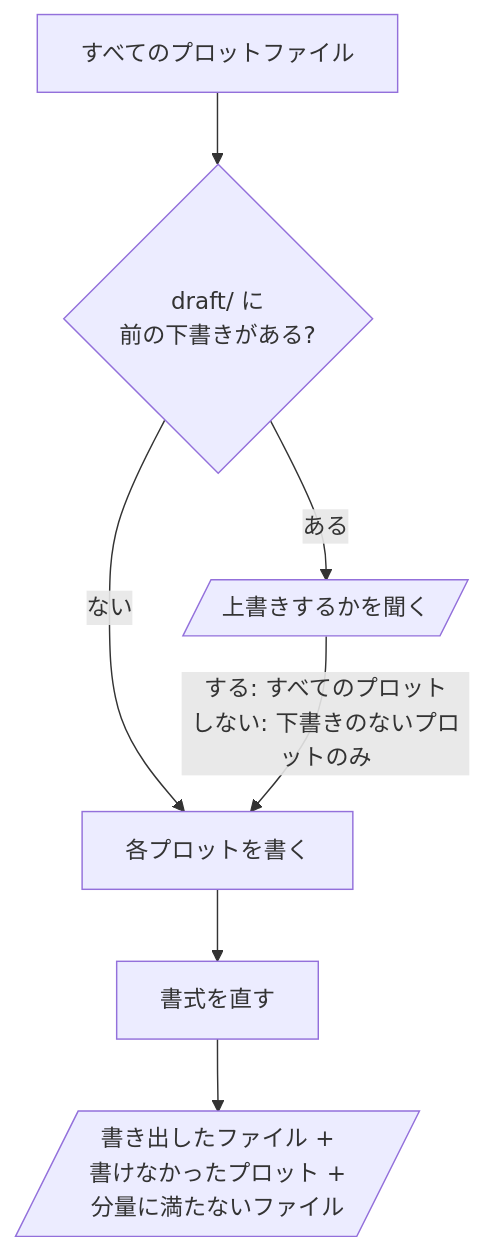
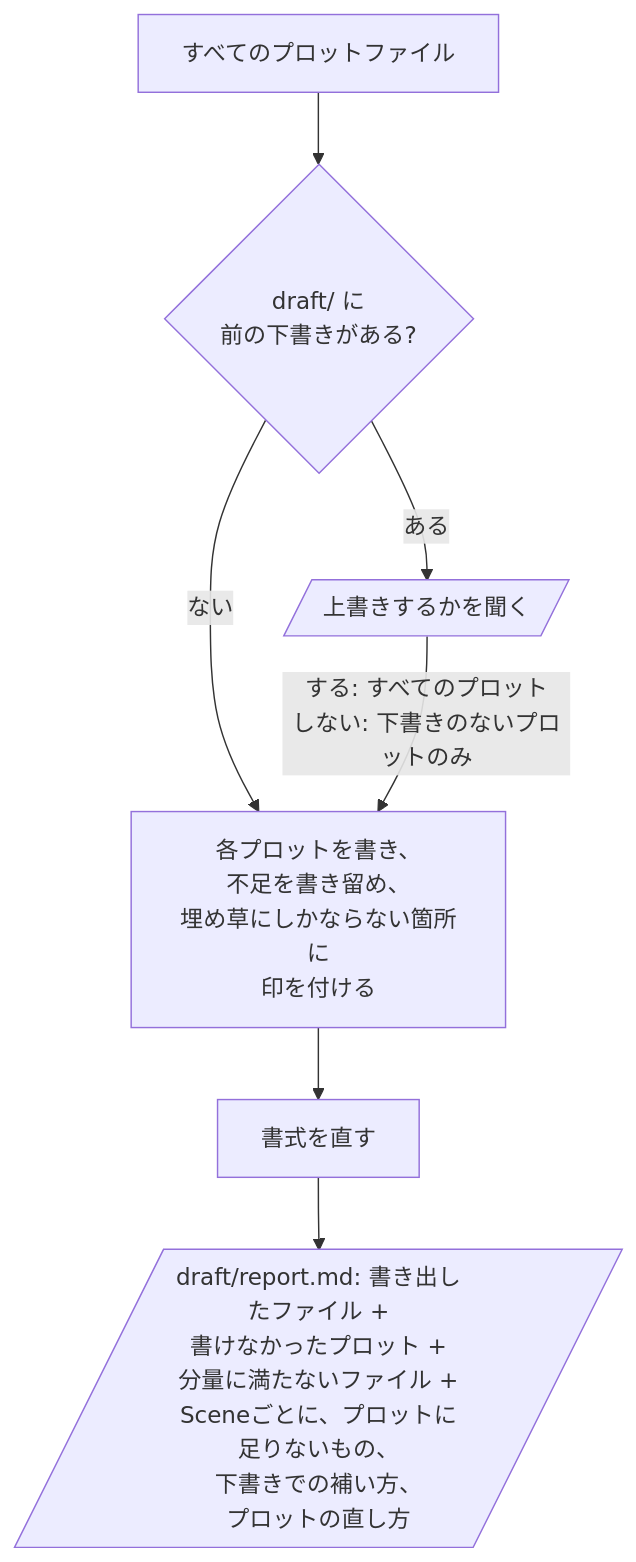
Before and after one commit to omni-stove/skill-kit: the diagram in domains/story/skills/draft-all/README.ja.md, drawn with Mermaid. The commit also changed 28 other files, not shown here.

````diff
--- a/domains/story/skills/draft-all/README.ja.md
+++ b/domains/story/skills/draft-all/README.ja.md
@@ -3,9 +3,9 @@
 ```mermaid
 flowchart TD
   input[すべてのプロットファイル] --> exists{draft/ に<br/>前の下書きがある?}
   exists -- "ある" --> ask[/上書きするかを聞く/]
   exists -- "ない" --> write
-  ask -- "する: すべてのプロット<br/>しない: 下書きのないプロットのみ" --> write[各プロットを書く]
+  ask -- "する: すべてのプロット<br/>しない: 下書きのないプロットのみ" --> write[各プロットを書き、<br/>不足を書き留め、<br/>埋め草にしかならない箇所に<br/>印を付ける]
   write --> format[書式を直す]
-  format --> done[/"書き出したファイル +<br/>書けなかったプロット +<br/>分量に満たないファイル"/]
+  format --> done[/"draft/report.md: 書き出したファイル +<br/>書けなかったプロット +<br/>分量に満たないファイル +<br/>Sceneごとに、プロットに足りないもの、<br/>下書きでの補い方、<br/>プロットの直し方"/]
 ```
````
